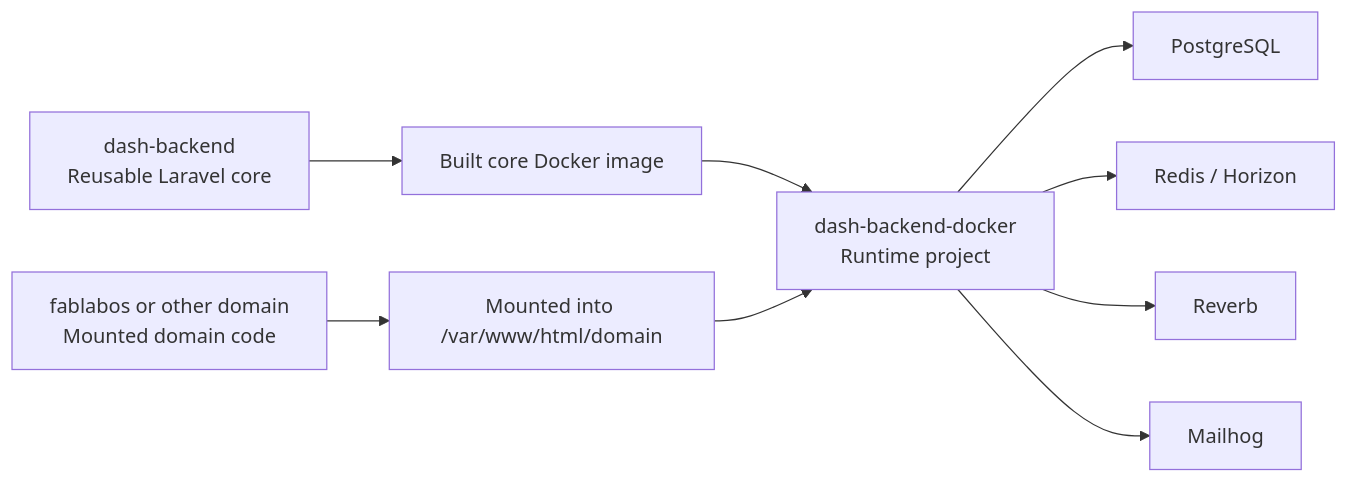
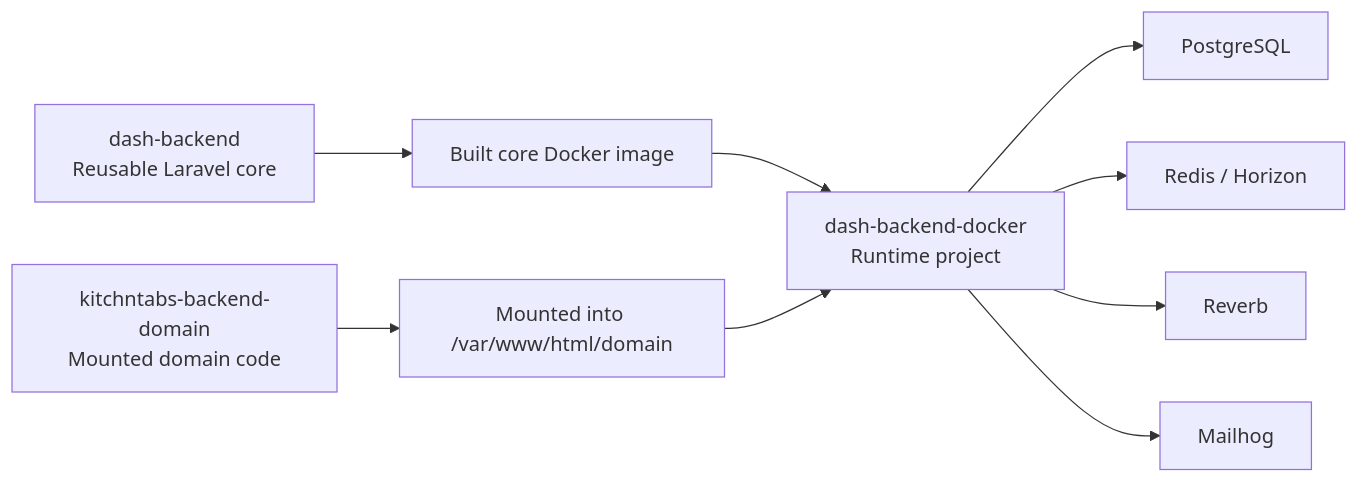
One commit to farandal/dash-backend-docker changed the diagram in docs/solution-architecture.md. Above: the diagram before and after it, drawn with Mermaid. The commit also changed other lines of this file and 3 other files, not shown here.

First line of the commit message:
docs: add comprehensive setup, testing, and architecture documentation

````diff
--- a/docs/solution-architecture.md
+++ b/docs/solution-architecture.md
@@ -9,11 +9,11 @@
 ```mermaid
 flowchart LR
 	A[dash-backend<br/>Reusable Laravel core] --> B[Built core Docker image]
-	C[fablabos or other domain<br/>Mounted domain code] --> D[Mounted into /var/www/html/domain]
+	C[kitchntabs-backend-domain<br/>Mounted domain code] --> D[Mounted into /var/www/html/domain]
 	B --> E[dash-backend-docker<br/>Runtime project]
 	D --> E
 	E --> F[PostgreSQL]
 	E --> G[Redis / Horizon]
 	E --> H[Reverb]
 	E --> I[Mailhog]
 ```
````
